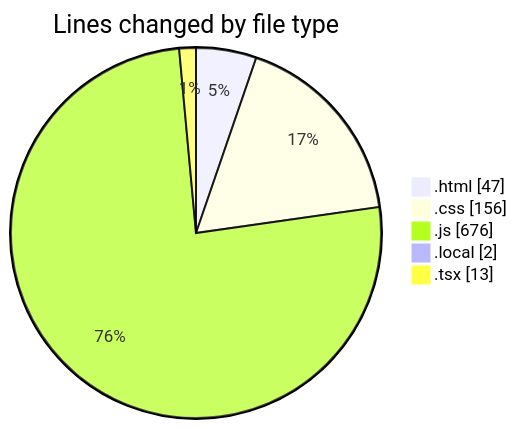
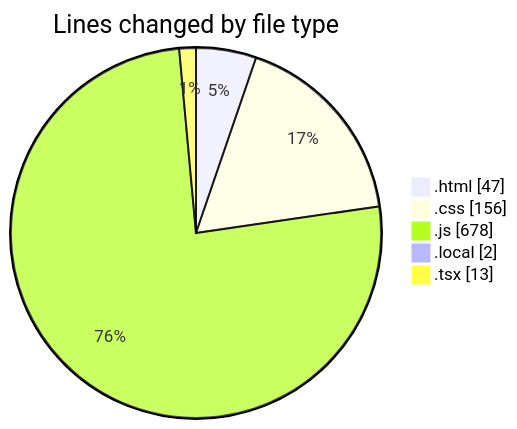
Before and after one commit to Ritupan-Deka/code-tracking: the first of 2 diagrams in 2025-05-03/projects/README.md, drawn with Mermaid. The commit also changed other lines of this file and 1 other file, not shown here.

````diff
--- a/2025-05-03/projects/README.md
+++ b/2025-05-03/projects/README.md
@@ -31,9 +31,9 @@
 ```mermaid
 pie showData
 title Lines changed by file type
 ".html" : 47
 ".css" : 156
-".js" : 676
+".js" : 678
 ".local" : 2
 ".tsx" : 13
 ```
````
